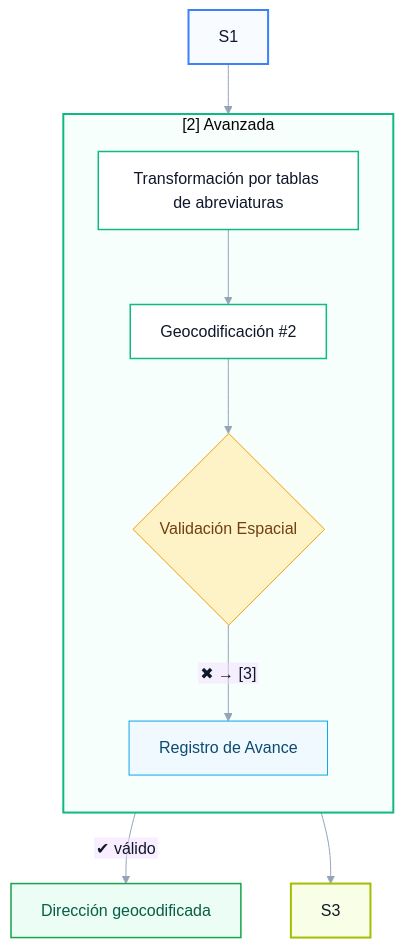
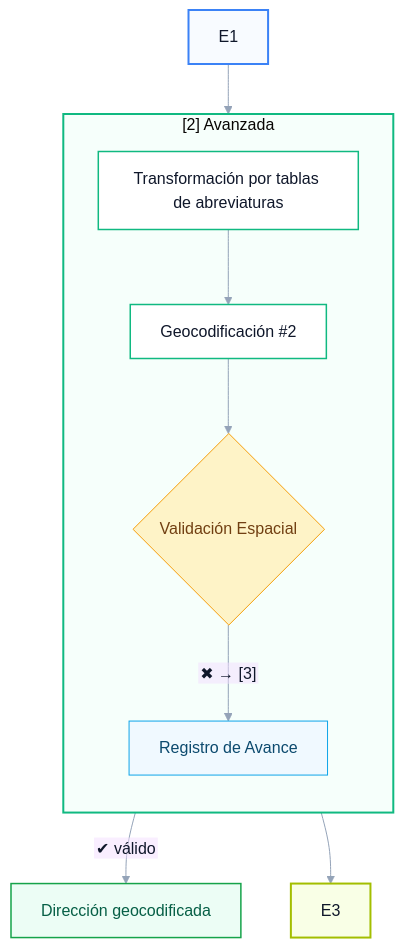
One commit to DenisSebastian/book-curso-geoanalisis-pp-2025 changed the fourth of 5 diagrams in geocode.qmd. Above: the diagram before and after it, drawn with Mermaid. The commit also changed other lines of this file and 12 other files, not shown here.

````diff
--- a/geocode.qmd
+++ b/geocode.qmd
@@ -785,54 +806,54 @@
 ```{mermaid fig.width=2}
 %%{init: {
   "theme": "base",
   "themeVariables": {
     "fontFamily": "Inter, Segoe UI, Roboto, sans-serif",
     "primaryTextColor": "#0f172a",
     "lineColor": "#94a3b8",
     "tertiaryColor": "#f8fafc"
   },
   "flowchart": { "htmlLabels": false, "curve": "basis" }
 }}%%
 
 flowchart TB
   %% ====== Definición de estilos ======
   classDef input fill:#E8F1FF,stroke:#3B82F6,stroke-width:1px,color:#0b3d91;
   classDef s0 fill:#F8FAFC,stroke:#64748B,stroke-width:1px,color:#0f172a;
   classDef s1 fill:#FFFFFF,stroke:#3B82F6,stroke-width:1.5px,color:#0f172a;
   classDef s2 fill:#FFFFFF,stroke:#10B981,stroke-width:1.5px,color:#0f172a;
   classDef s3 fill:#FFFFFF,stroke:#A3BE00,stroke-width:1.5px,color:#0f172a;
   classDef decision fill:#FEF3C7,stroke:#F59E0B,stroke-width:1px,color:#713f12;
   classDef qa fill:#F0F9FF,stroke:#0EA5E9,stroke-width:1px,color:#0c4a6e;
   classDef finish fill:#ECFDF5,stroke:#16A34A,stroke-width:1.5px,color:#065f46;
   classDef backlog fill:#FFF1F2,stroke:#FB7185,stroke-width:1px,color:#7f1d1d;
 
 
 
   %% ====== [2] Avanzada ======
   subgraph S2 ["[2] Avanzada"]
     direction TB
     s2a["Transformación por tablas de abreviaturas"]:::s2
     s2b["Geocodificación #2"]:::s2
     s2c{"Validación Espacial"}:::decision
     s2d["Registro de Avance"]:::qa
   end
 
 
   %% ====== Salidas ======
   OUT["Dirección geocodificada"]:::finish
 
   %% ====== Flujo ======
-  S1 --> S2
+  E1 --> S2
   s2a --> s2b --> s2c
   s2c -- "✔ válido" --> OUT
-  s2c -- "✖ → [3]" --> s2d --> S3
+  s2c -- "✖ → [3]" --> s2d --> E3
 
 
 
 
   %% ====== Estilos de subgrupos ======
-  style S1 stroke:#3B82F6,stroke-width:2px,fill:#F8FBFF
+  style E1 stroke:#3B82F6,stroke-width:2px,fill:#F8FBFF
   style S2 stroke:#10B981,stroke-width:2px,fill:#F6FFFB
-  style S3 stroke:#A3BE00,stroke-width:2px,fill:#F9FFE6
+  style E3 stroke:#A3BE00,stroke-width:2px,fill:#F9FFE6
 
 ```
````
